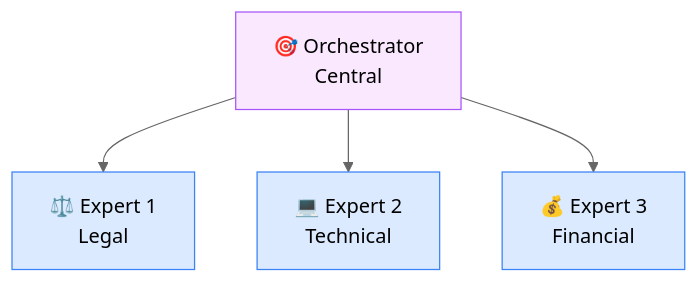
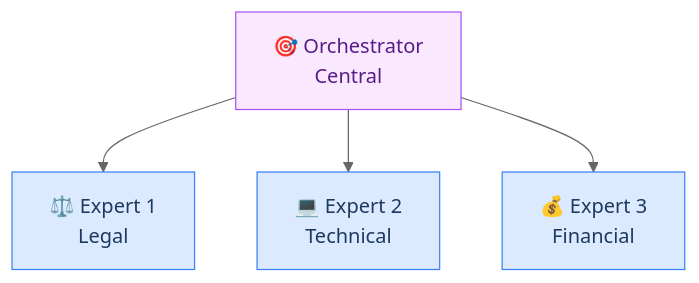
One commit to asq-sheriff/AI-Production-Checklist changed diagram 12 of 18 in docs/TECHNOLOGY-SELECTION-GUIDE.md. Above: the diagram before and after it, drawn with Mermaid (neutral theme). The commit also changed other lines of this file and 8 other files, not shown here.

First line of the commit message:
Fix text contrast in all Mermaid diagrams

````diff
--- a/docs/TECHNOLOGY-SELECTION-GUIDE.md
+++ b/docs/TECHNOLOGY-SELECTION-GUIDE.md
@@ -505,13 +505,13 @@
 ```mermaid
 flowchart TB
     Orch[🎯 Orchestrator<br/>Central]
 
     Orch --> Expert1[⚖️ Expert 1<br/>Legal]
     Orch --> Expert2[💻 Expert 2<br/>Technical]
     Orch --> Expert3[💰 Expert 3<br/>Financial]
 
-    style Orch fill:#fae8ff,stroke:#a855f7
-    style Expert1 fill:#dbeafe,stroke:#3b82f6
-    style Expert2 fill:#dbeafe,stroke:#3b82f6
-    style Expert3 fill:#dbeafe,stroke:#3b82f6
+    style Orch fill:#fae8ff,stroke:#a855f7,color:#581c87
+    style Expert1 fill:#dbeafe,stroke:#3b82f6,color:#1e3a5f
+    style Expert2 fill:#dbeafe,stroke:#3b82f6,color:#1e3a5f
+    style Expert3 fill:#dbeafe,stroke:#3b82f6,color:#1e3a5f
 ```
````
